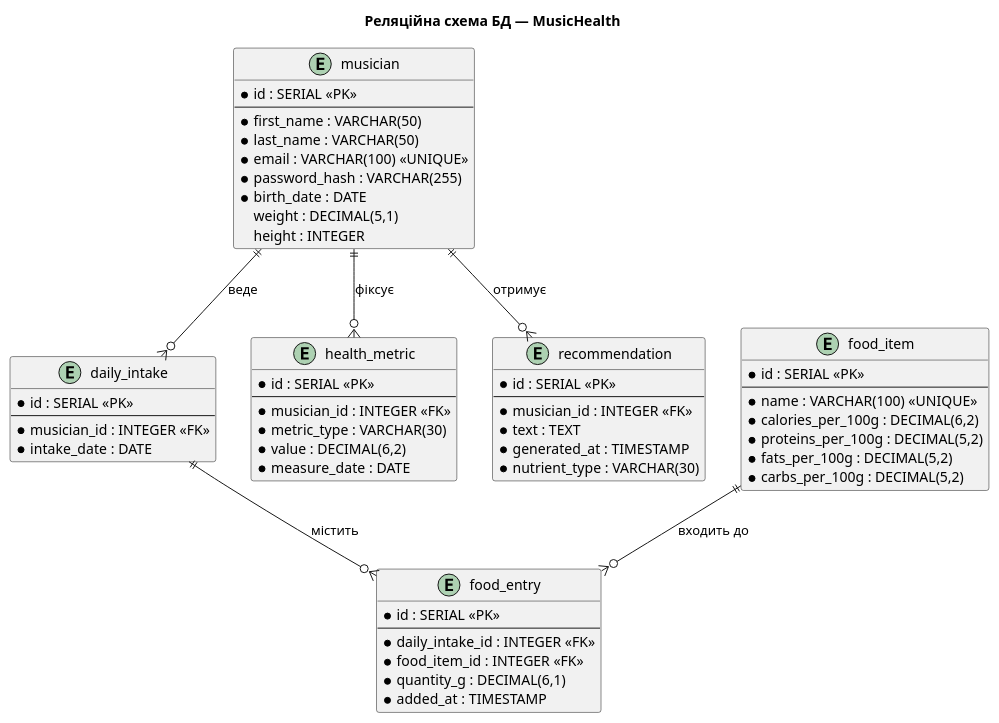
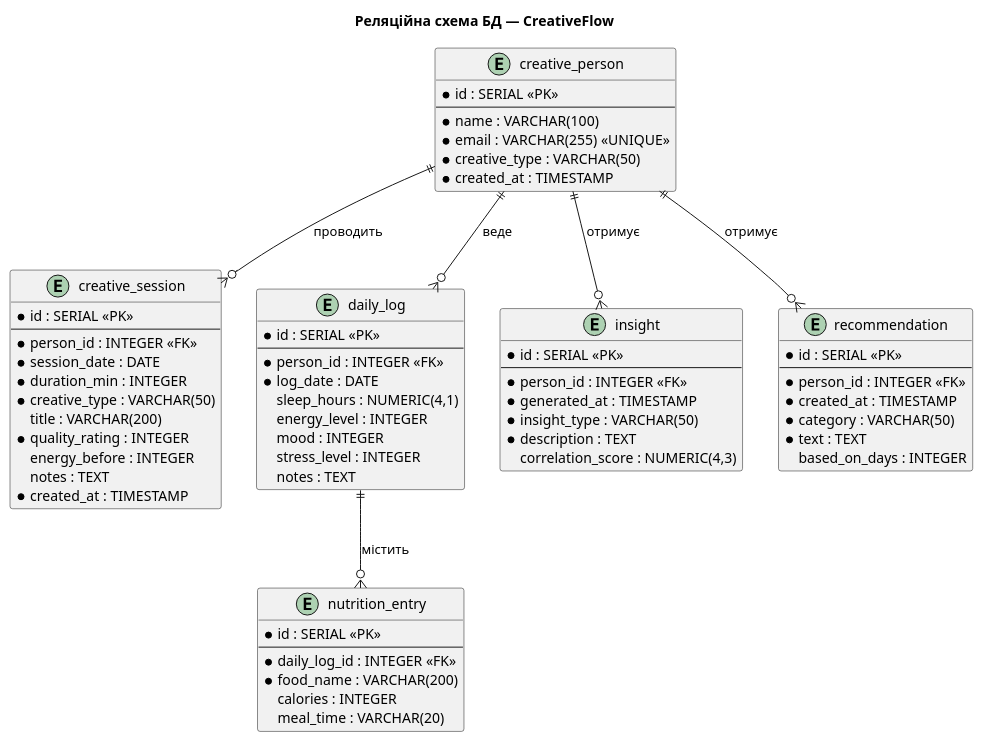
Before and after one commit to dariatkachenkos/software-product-development: the diagram in SoftWareProductDevelopment/2-SoftwareDesign/2.3-DataModel/RelModelSchema.puml, drawn with PlantUML. The commit also changed 26 other files, not shown here.

First line of the commit message:
Redesign: MusicHealth → CreativeFlow — трекер якості творчого life

```diff
--- a/SoftWareProductDevelopment/2-SoftwareDesign/2.3-DataModel/RelModelSchema.puml
+++ b/SoftWareProductDevelopment/2-SoftwareDesign/2.3-DataModel/RelModelSchema.puml
@@ -1,67 +1,75 @@
 @startuml
 
-title Реляційна схема БД — MusicHealth
+title Реляційна схема БД — CreativeFlow
 
-entity "musician" {
+entity "creative_person" {
     * id : SERIAL <<PK>>
     --
-    * first_name : VARCHAR(50)
-    * last_name : VARCHAR(50)
-    * email : VARCHAR(100) <<UNIQUE>>
-    * password_hash : VARCHAR(255)
-    * birth_date : DATE
-    weight : DECIMAL(5,1)
-    height : INTEGER
+    * name : VARCHAR(100)
+    * email : VARCHAR(255) <<UNIQUE>>
+    * creative_type : VARCHAR(50)
+    * created_at : TIMESTAMP
 }
 
-entity "food_item" {
+entity "creative_session" {
     * id : SERIAL <<PK>>
     --
-    * name : VARCHAR(100) <<UNIQUE>>
-    * calories_per_100g : DECIMAL(6,2)
-    * proteins_per_100g : DECIMAL(5,2)
-    * fats_per_100g : DECIMAL(5,2)
-    * carbs_per_100g : DECIMAL(5,2)
+    * person_id : INTEGER <<FK>>
+    * session_date : DATE
+    * duration_min : INTEGER
+    * creative_type : VARCHAR(50)
+    title : VARCHAR(200)
+    * quality_rating : INTEGER
+    energy_before : INTEGER
+    notes : TEXT
+    * created_at : TIMESTAMP
 }
 
-entity "daily_intake" {
+entity "daily_log" {
     * id : SERIAL <<PK>>
     --
-    * musician_id : INTEGER <<FK>>
-    * intake_date : DATE
+    * person_id : INTEGER <<FK>>
+    * log_date : DATE
+    sleep_hours : NUMERIC(4,1)
+    energy_level : INTEGER
+    mood : INTEGER
+    stress_level : INTEGER
+    notes : TEXT
 }
 
-entity "food_entry" {
+entity "nutrition_entry" {
     * id : SERIAL <<PK>>
     --
-    * daily_intake_id : INTEGER <<FK>>
-    * food_item_id : INTEGER <<FK>>
-    * quantity_g : DECIMAL(6,1)
-    * added_at : TIMESTAMP
+    * daily_log_id : INTEGER <<FK>>
+    * food_name : VARCHAR(200)
+    calories : INTEGER
+    meal_time : VARCHAR(20)
 }
 
-entity "health_metric" {
+entity "insight" {
     * id : SERIAL <<PK>>
     --
-    * musician_id : INTEGER <<FK>>
-    * metric_type : VARCHAR(30)
-    * value : DECIMAL(6,2)
-    * measure_date : DATE
+    * person_id : INTEGER <<FK>>
+    * generated_at : TIMESTAMP
+    * insight_type : VARCHAR(50)
+    * description : TEXT
+    correlation_score : NUMERIC(4,3)
 }
 
 entity "recommendation" {
     * id : SERIAL <<PK>>
     --
-    * musician_id : INTEGER <<FK>>
+    * person_id : INTEGER <<FK>>
+    * created_at : TIMESTAMP
+    * category : VARCHAR(50)
     * text : TEXT
-    * generated_at : TIMESTAMP
-    * nutrient_type : VARCHAR(30)
+    based_on_days : INTEGER
 }
 
-musician ||--o{ daily_intake : "веде"
-daily_intake ||--o{ food_entry : "містить"
-food_item ||--o{ food_entry : "входить до"
-musician ||--o{ health_metric : "фіксує"
-musician ||--o{ recommendation : "отримує"
+creative_person ||--o{ creative_session : "проводить"
+creative_person ||--o{ daily_log : "веде"
+daily_log ||--o{ nutrition_entry : "містить"
+creative_person ||--o{ insight : "отримує"
+creative_person ||--o{ recommendation : "отримує"
 
 @enduml
```
